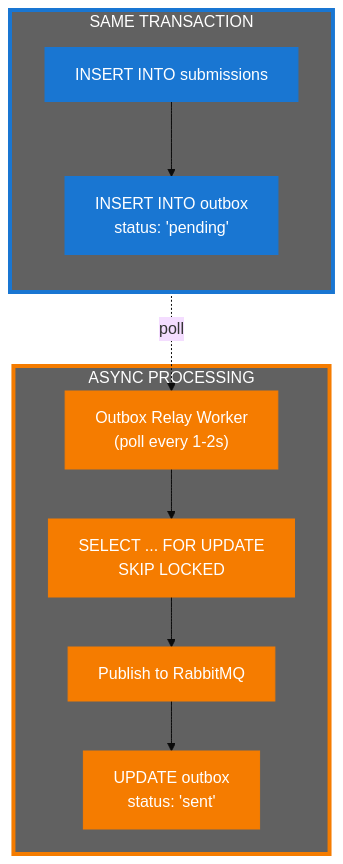
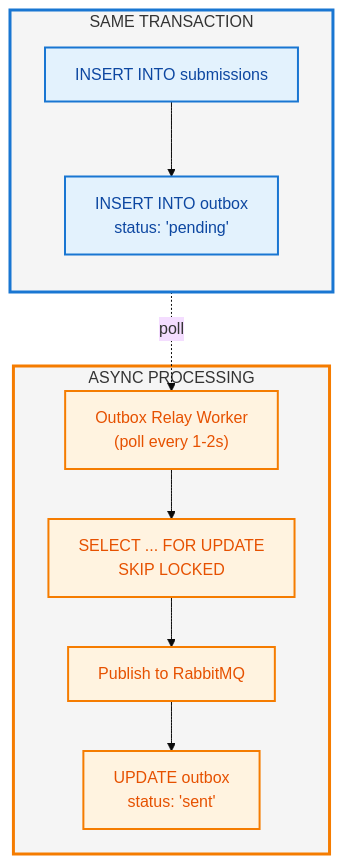
Before and after one commit to nghyane/VSTEP: the sixth of 12 diagrams in docs/capstone/diagrams/flow-diagrams.vi.md, drawn with Mermaid (base theme). The commit also changed other lines of this file, not shown here.

First line of the commit message:
style(docs): fix mermaid diagram colors to pastel scheme

````diff
--- a/docs/capstone/diagrams/flow-diagrams.vi.md
+++ b/docs/capstone/diagrams/flow-diagrams.vi.md
@@ -340,32 +340,32 @@
 ```mermaid
 flowchart TB
     subgraph Transaction["SAME TRANSACTION"]
         direction TB
         Sub["INSERT INTO submissions"]
         Outbox["INSERT INTO outbox\nstatus: 'pending'"]
     end
 
     subgraph Async["ASYNC PROCESSING"]
         Relay["Outbox Relay Worker\n(poll every 1-2s)"]
         Lock["SELECT ... FOR UPDATE\nSKIP LOCKED"]
         Publish["Publish to RabbitMQ"]
         Confirm["UPDATE outbox\nstatus: 'sent'"]
     end
 
     Sub --> Outbox
     Outbox -.->|"poll"| Relay --> Lock --> Publish --> Confirm
 
-    %% Nodes
-    classDef trans fill:#1976d2,stroke:#1976d2,color:#fff
-    classDef async fill:#f57c00,stroke:#f57c00,color:#fff
+    %% Nodes - soft pastel fill with dark text
+    classDef trans fill:#e3f2fd,stroke:#1976d2,stroke-width:2px,color:#0d47a1
+    classDef async fill:#fff3e0,stroke:#f57c00,stroke-width:2px,color:#e65100
 
-    %% Boxes
-    classDef transBox fill:#616161,stroke:#1976d2,stroke-width:4px,color:#fff
-    classDef asyncBox fill:#616161,stroke:#f57c00,stroke-width:4px,color:#fff
+    %% Boxes - light tint
+    classDef transBox fill:#f5f5f5,stroke:#1976d2,stroke-width:3px,color:#333
+    classDef asyncBox fill:#f5f5f5,stroke:#f57c00,stroke-width:3px,color:#333
 
     class Transaction transBox
     class Async asyncBox
 
     class Sub,Outbox trans
     class Relay,Lock,Publish,Confirm async
 ```
````
